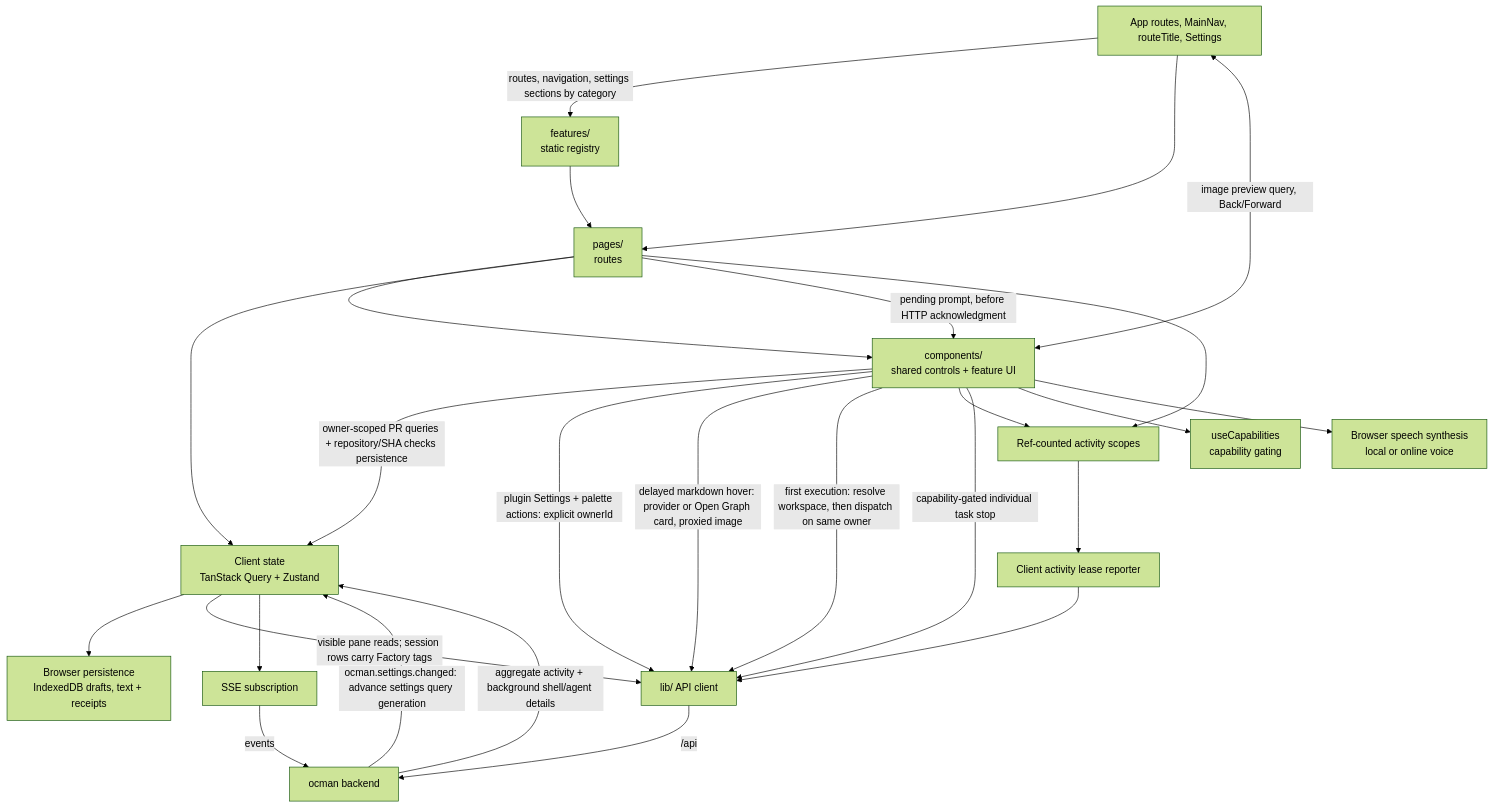
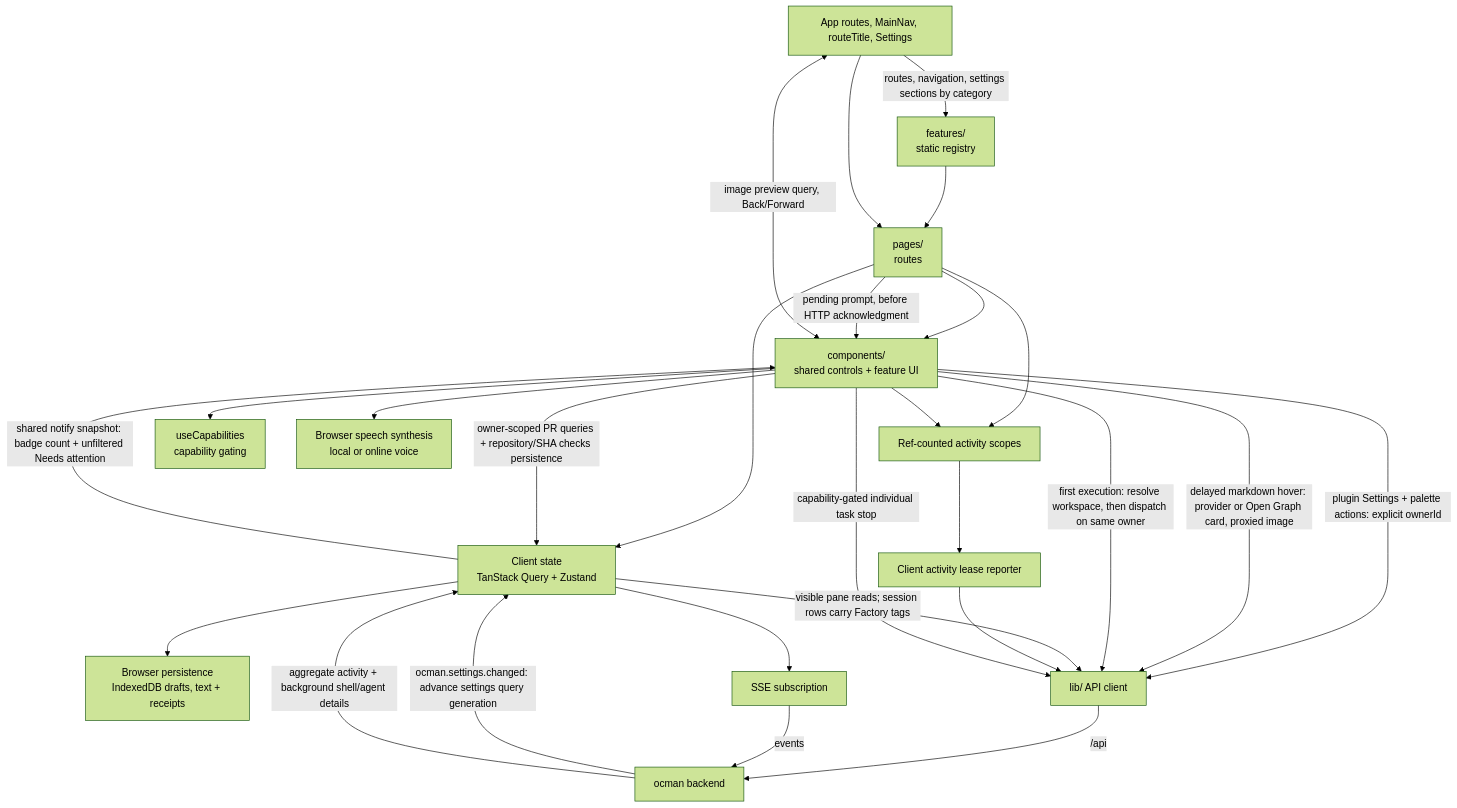
Before and after one commit to ocman/ocman: the tenth of 13 diagrams in docs/other/architecture.md, drawn with Mermaid (forest theme). The commit also changed other lines of this file and 10 other files, not shown here.

````diff
--- a/docs/other/architecture.md
+++ b/docs/other/architecture.md
@@ -1594,28 +1594,29 @@
 ```mermaid
 flowchart TD
     Shell[App routes, MainNav, routeTitle, Settings] -->|routes, navigation, settings sections by category| Features[features/<br/>static registry]
     Features --> Pages
     Shell --> Pages
     Pages[pages/<br/>routes] --> Comp[components/<br/>shared controls + feature UI]
     Pages --> Stores[Client state<br/>TanStack Query + Zustand]
     Pages -->|pending prompt, before HTTP acknowledgment| Comp
     Stores --> Persistence[Browser persistence<br/>IndexedDB drafts, text + receipts]
     Comp -->|owner-scoped PR queries + repository/SHA checks persistence| Stores
     Comp -->|plugin Settings + palette actions: explicit ownerId| API
     Comp -->|delayed markdown hover: provider or Open Graph card, proxied image| API
     Comp -->|first execution: resolve workspace, then dispatch on same owner| API
     Stores -->|visible pane reads; session rows carry Factory tags| API[lib/ API client]
     Stores --> SSE[SSE subscription]
+    Stores -->|shared notify snapshot: badge count + unfiltered Needs attention| Comp
     Pages --> Scopes[Ref-counted activity scopes]
     Comp --> Scopes
     Scopes --> Reporter[Client activity lease reporter]
     Reporter --> API
     API -->|/api| Hub[ocman backend]
     SSE -->|events| Hub
     Hub -->|ocman.settings.changed: advance settings query generation| Stores
     Hub -->|aggregate activity + background shell/agent details| Stores
     Comp -->|capability-gated individual task stop| API
     Comp --> Caps[useCapabilities<br/>capability gating]
     Comp --> Speech[Browser speech synthesis<br/>local or online voice]
     Comp <-->|image preview query, Back/Forward| Shell
 ```
````
